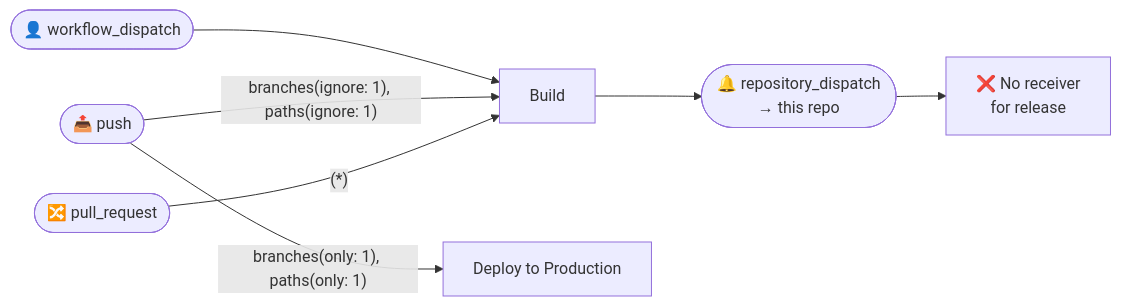
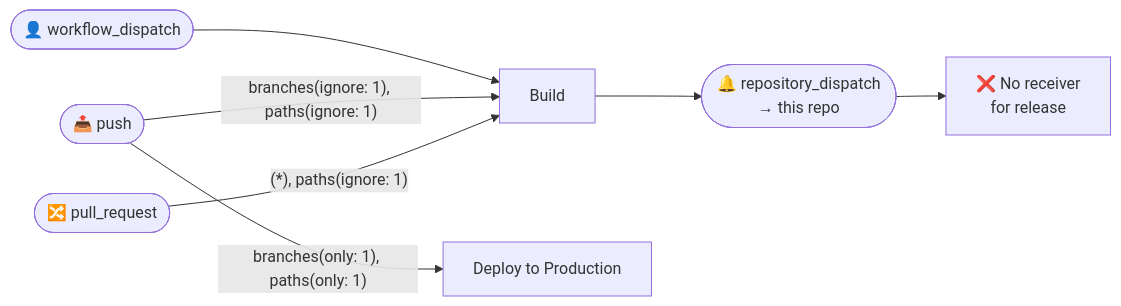
One commit to typeflows/typeflows changed the diagram in jvm/examples/gradle/.github/typeflows/README.md. Above: the diagram before and after it, drawn with Mermaid. The commit also changed 13 other files, not shown here.

````diff
--- a/jvm/examples/gradle/.github/typeflows/README.md
+++ b/jvm/examples/gradle/.github/typeflows/README.md
@@ -3,16 +3,16 @@
 ```mermaid
 flowchart LR
     workflowdispatch(["👤 workflow_dispatch"])
     push(["📤 push"])
     pullrequest(["🔀 pull_request"])
     repositorydispatchgithubrepository(["🔔 repository_dispatch<br/>→ this repo"])
     buildyml["Build"]
     deployyml["Deploy to Production"]
     noreceiverrelease["❌ No receiver<br/>for release"]
     workflowdispatch --> buildyml
     push -->|"branches(ignore: 1), paths(ignore: 1)"|buildyml
     push -->|"branches(only: 1), paths(only: 1)"|deployyml
-    pullrequest -->|"(*)"|buildyml
+    pullrequest -->|"(*), paths(ignore: 1)"|buildyml
     buildyml --> repositorydispatchgithubrepository
     repositorydispatchgithubrepository --> noreceiverrelease
 ```
````
